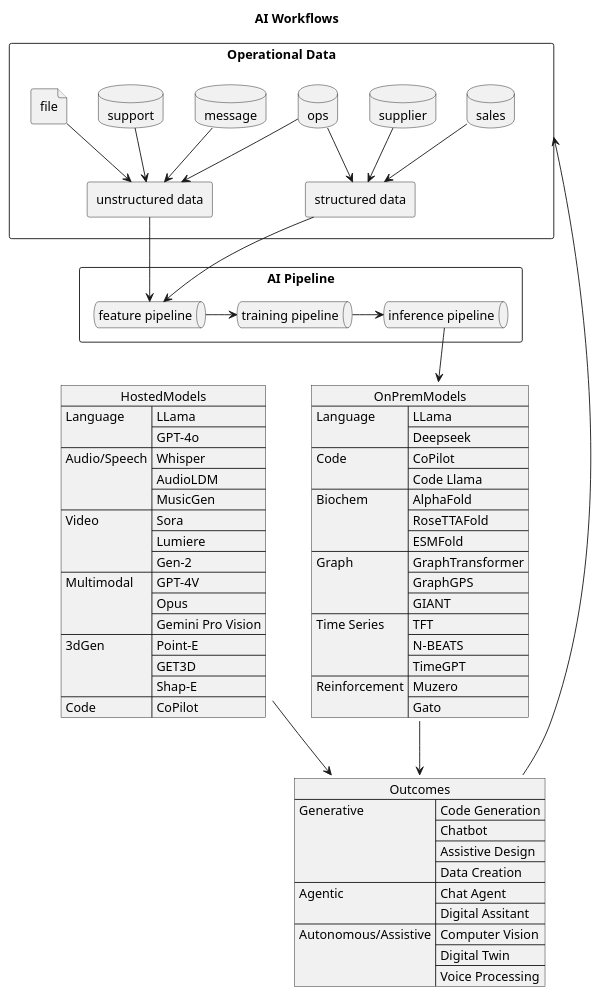
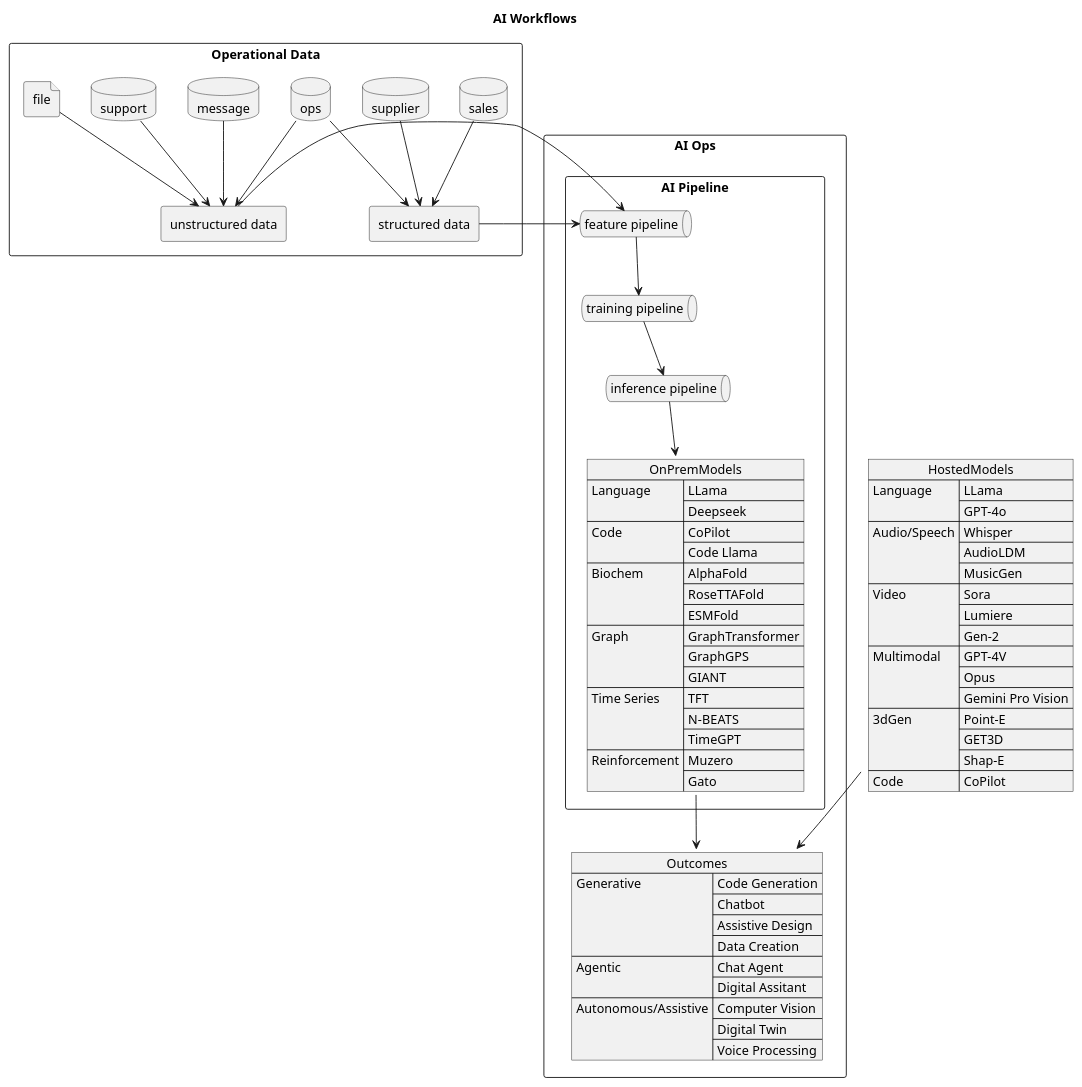
The diagram in puml/ai_arch.puml (pgaljan/dac), drawn with PlantUML before and after one commit. The commit also changed 2 other files, not shown here.

```diff
--- a/puml/ai_arch.puml
+++ b/puml/ai_arch.puml
@@ -1,129 +1,125 @@
 @startuml
 title AI Workflows
 
 
 json HostedModels {
     "Language":[
         "LLama",
         "GPT-4o"
     ],
     "Audio/Speech":[
         "Whisper",
         "AudioLDM",
         "MusicGen"
     ],
     "Video":[
         "Sora",
         "Lumiere",
         "Gen-2"
     ],
     "Multimodal":[
         "GPT-4V",
         "Opus",
         "Gemini Pro Vision"
     ],
     "3dGen":[
         "Point-E",
         "GET3D",
         "Shap-E"
     ],
     "Code":[
         "CoPilot"
     ]   
 }
 
 
 
 
-rectangle "AI Pipeline" {
+rectangle "AI Ops" {
+rectangle "AI Pipeline"{
     queue "feature pipeline" as featurePipe
     queue "training pipeline" as training
     queue "inference pipeline" as inference
-}
-
-json Outcomes {
-    "Generative":[
-        "Code Generation",
-        "Chatbot",
-        "Assistive Design",
-        "Data Creation"
-        ],
-    "Agentic":[
-        "Chat Agent",
-        "Digital Assitant"
-    ],
-    "Autonomous/Assistive":[
-        "Computer Vision",
-        "Digital Twin",
-        "Voice Processing"
-    ]
-}
-
-
 json OnPremModels {
     "Language":[
         "LLama",
         "Deepseek"
     ],
 
     "Code":[
         "CoPilot",
         "Code Llama"
     ],
     "Biochem":[
         "AlphaFold",
         "RoseTTAFold",
         "ESMFold"
     ],
     "Graph":[
         "GraphTransformer",
         "GraphGPS",
         "GIANT"
     ],
     "Time Series":[
         "TFT",
         "N-BEATS",
         "TimeGPT"
     ],
     "Reinforcement":[
         "Muzero",
         "Gato"
     ]    
 }
-        
-        
+}
 
-
+json Outcomes {
+    "Generative":[
+        "Code Generation",
+        "Chatbot",
+        "Assistive Design",
+        "Data Creation"
+        ],
+    "Agentic":[
+        "Chat Agent",
+        "Digital Assitant"
+    ],
+    "Autonomous/Assistive":[
+        "Computer Vision",
+        "Digital Twin",
+        "Voice Processing"
+    ]
+}
+}
 
 rectangle "Operational Data" {
     database "sales" as salesdata
     database "supplier" as supplierdata
     database "message" as message
     database "support" as support
     database "ops" as ops
     rectangle "unstructured data" as unstructured
     rectangle "structured data" as structured    
     file "file" as file   
 }
 
 
 
-unstructured --> featurePipe
-structured --> featurePipe
-featurePipe -right-> training
-training -right-> inference
+unstructured -right-> featurePipe
+structured -right-> featurePipe
+featurePipe --> training
+training --> inference
 salesdata --> structured
 supplierdata --> structured
 message --> unstructured
 support --> unstructured
 file --> unstructured
 ops --> unstructured
 ops --> structured
 
 HostedModels --> Outcomes
 inference --> OnPremModels
 OnPremModels --> Outcomes
-Outcomes --> "Operational Data"
+
 
 
 @enduml
```
